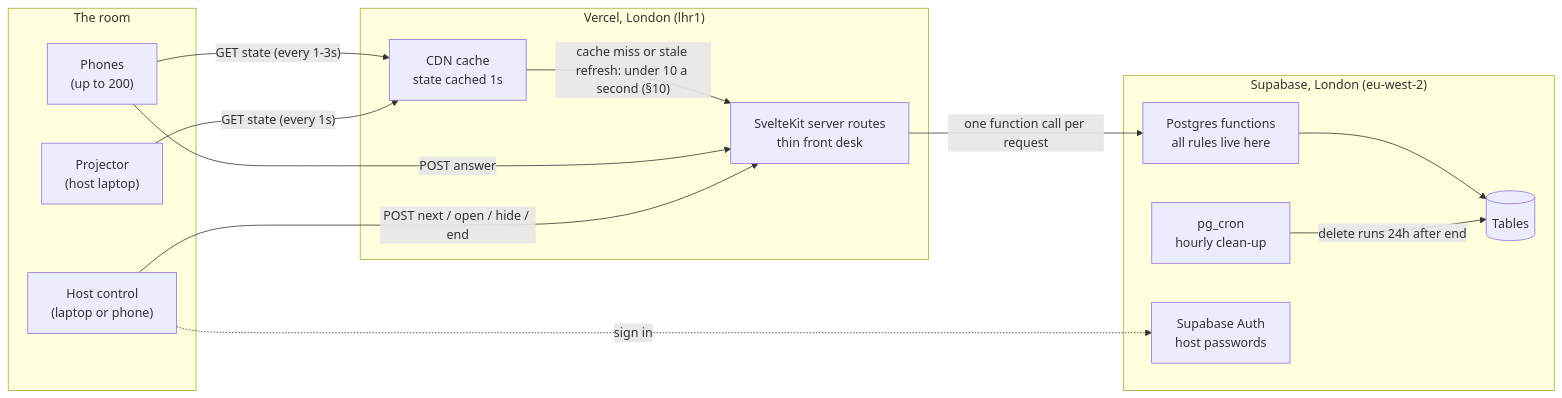
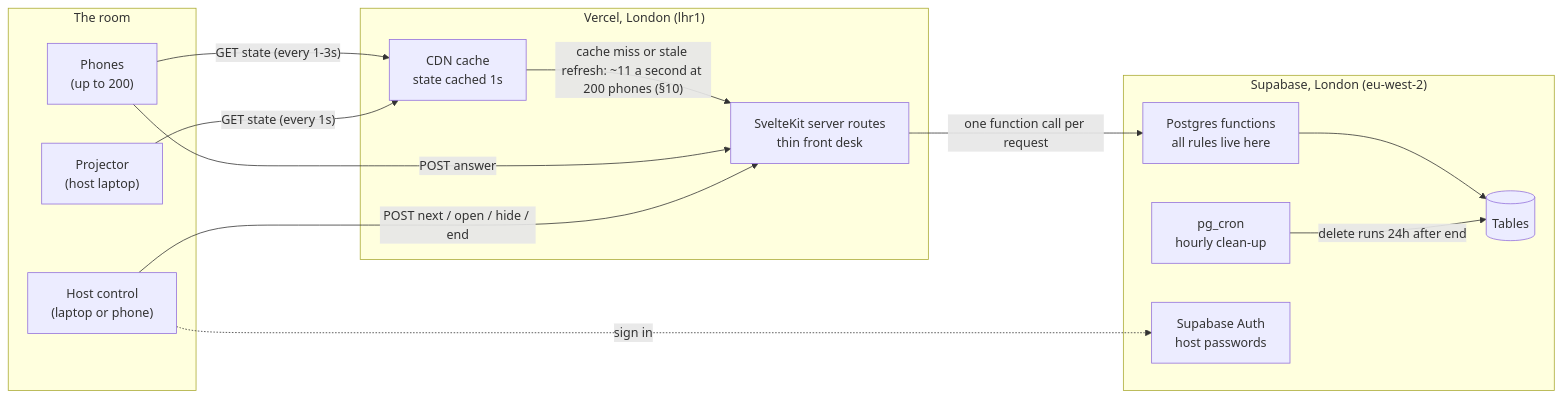
The first of 10 diagrams in docs/ARCHITECTURE.md (shahil1dn/volley), drawn with Mermaid before and after one commit. The commit also changed other lines of this file and 3 other files, not shown here.

````diff
--- a/docs/ARCHITECTURE.md
+++ b/docs/ARCHITECTURE.md
@@ -12,30 +12,30 @@
 ```mermaid
 flowchart LR
   subgraph Room["The room"]
     P["Phones<br/>(up to 200)"]
     PR["Projector<br/>(host laptop)"]
     HC["Host control<br/>(laptop or phone)"]
   end
 
   subgraph Vercel["Vercel, London (lhr1)"]
     CDN["CDN cache<br/>state cached 1s"]
     FN["SvelteKit server routes<br/>thin front desk"]
   end
 
   subgraph Supabase["Supabase, London (eu-west-2)"]
     RPC["Postgres functions<br/>all rules live here"]
     DB[("Tables")]
     CRON["pg_cron<br/>hourly clean-up"]
     AUTH["Supabase Auth<br/>host passwords"]
   end
 
   P -- "GET state (every 1-3s)" --> CDN
   PR -- "GET state (every 1s)" --> CDN
-  CDN -- "cache miss or stale refresh: under 10 a second (§10)" --> FN
+  CDN -- "cache miss or stale refresh: ~11 a second at 200 phones (§10)" --> FN
   P -- "POST answer" --> FN
   HC -- "POST next / open / hide / end" --> FN
   FN -- "one function call per request" --> RPC
   RPC --> DB
   CRON -- "delete runs 24h after end" --> DB
   HC -. "sign in" .-> AUTH
 ```
````
